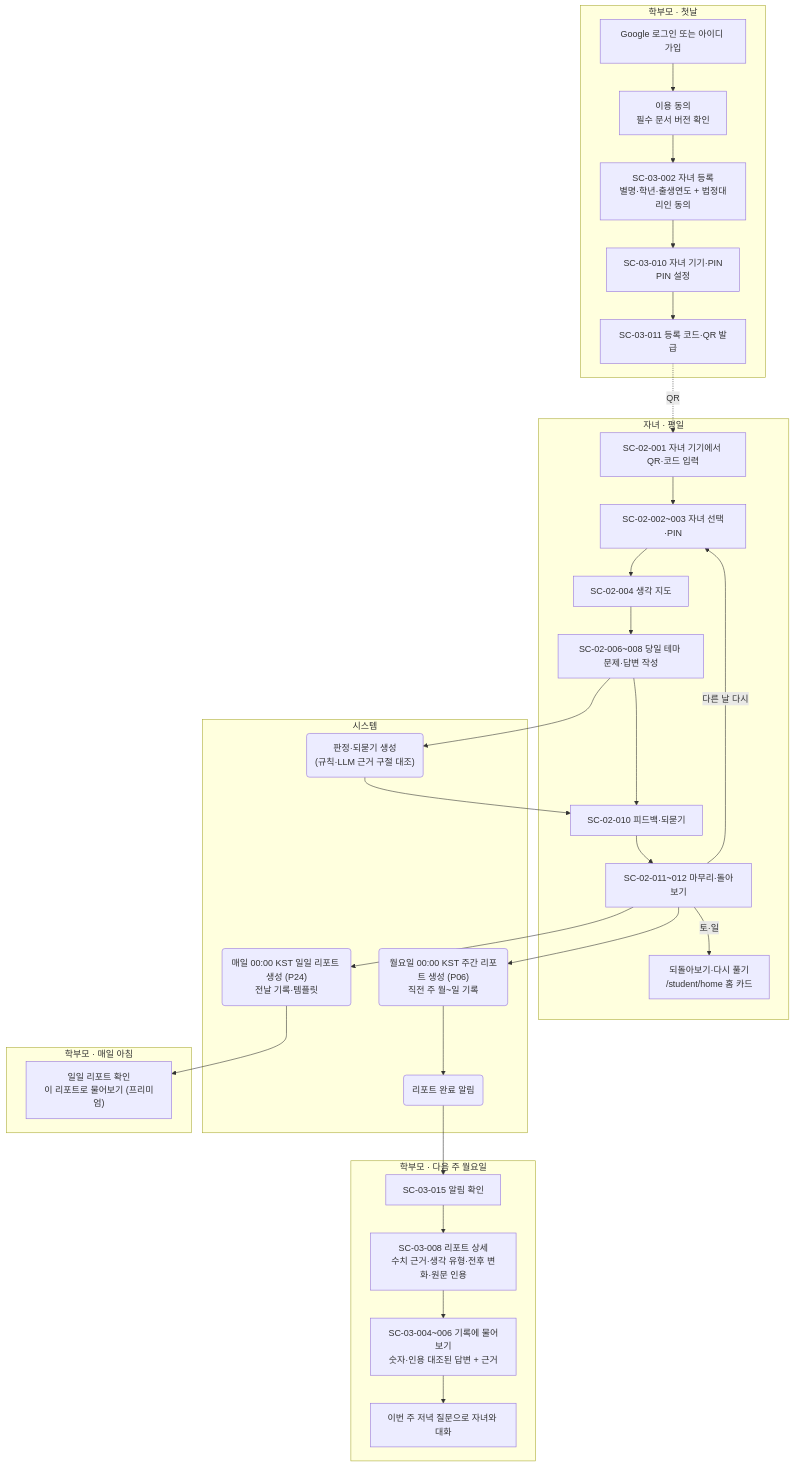
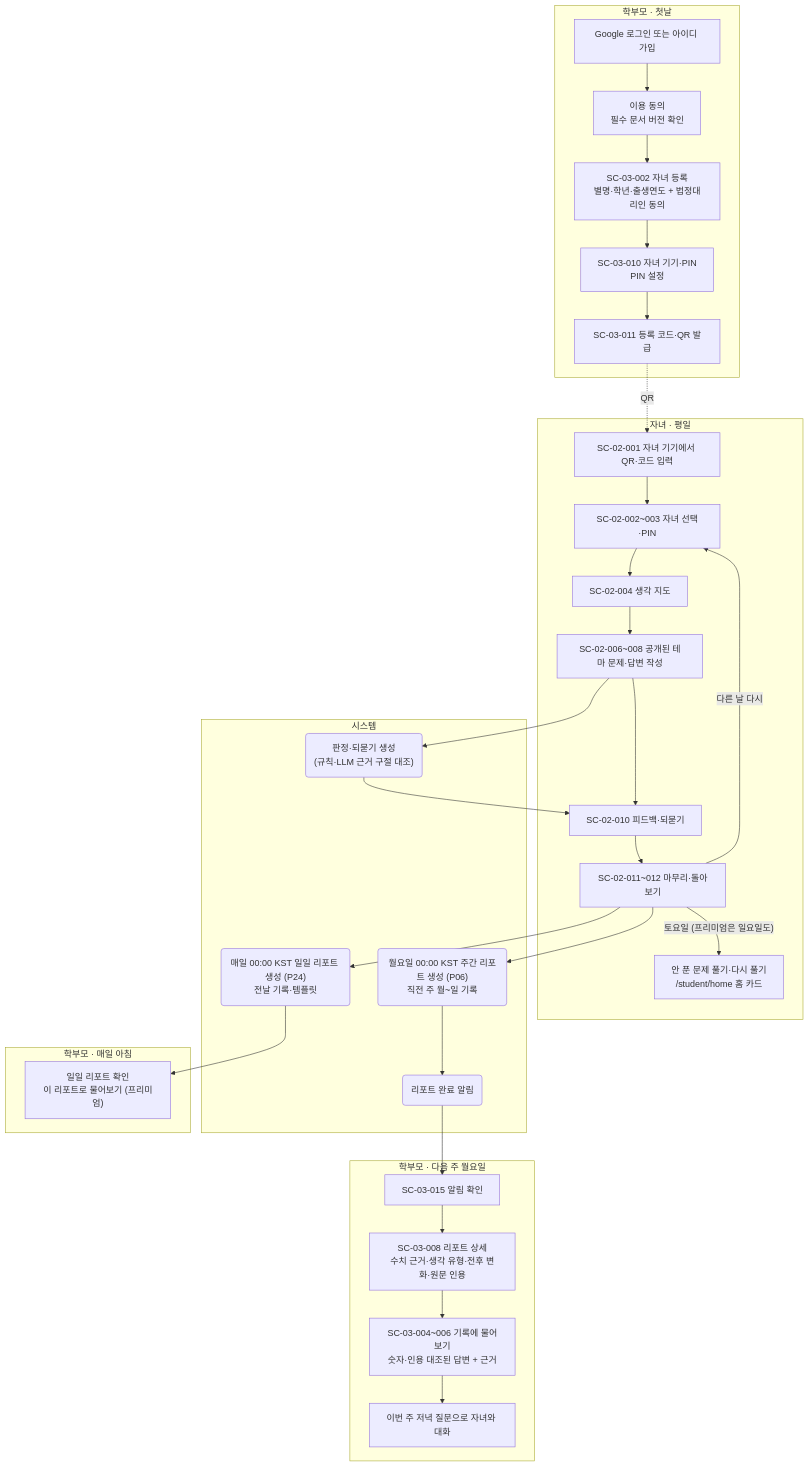
The fifth of 13 diagrams in docs/design/user-flow.md (SKNETWORKS-FAMILY-AICAMP/SKN34-FINAL-3TEAM), drawn with Mermaid before and after one commit. The commit also changed other lines of this file and 6 other files, not shown here.

````diff
--- a/docs/design/user-flow.md
+++ b/docs/design/user-flow.md
@@ -206,41 +209,41 @@
 ```mermaid
 flowchart TD
   subgraph P1["학부모 · 첫날"]
     A1["Google 로그인 또는 아이디 가입"] --> A2["이용 동의<br/>필수 문서 버전 확인"]
     A2 --> A3["SC-03-002 자녀 등록<br/>별명·학년·출생연도 + 법정대리인 동의"]
     A3 --> A4["SC-03-010 자녀 기기·PIN<br/>PIN 설정"]
     A4 --> A5["SC-03-011 등록 코드·QR 발급"]
   end
 
   subgraph S1["자녀 · 평일"]
     B1["SC-02-001 자녀 기기에서 QR·코드 입력"] --> B2["SC-02-002~003 자녀 선택·PIN"]
     B2 --> B3["SC-02-004 생각 지도"]
-    B3 --> B4["SC-02-006~008 당일 테마 문제·답변 작성"]
+    B3 --> B4["SC-02-006~008 공개된 테마 문제·답변 작성"]
     B4 --> B5["SC-02-010 피드백·되묻기"]
     B5 --> B6["SC-02-011~012 마무리·돌아보기"]
     B6 -->|"다른 날 다시"| B2
-    B6 -->|"토·일"| B7["되돌아보기·다시 풀기<br/>/student/home 홈 카드"]
+    B6 -->|"토요일 (프리미엄은 일요일도)"| B7["안 푼 문제 풀기·다시 풀기<br/>/student/home 홈 카드"]
   end
 
   subgraph SYS["시스템"]
     C1("판정·되묻기 생성<br/>(규칙·LLM 근거 구절 대조)")
     C2("월요일 00:00 KST 주간 리포트 생성 (P06)<br/>직전 주 월~일 기록")
     C3("리포트 완료 알림")
     C4("매일 00:00 KST 일일 리포트 생성 (P24)<br/>전날 기록·템플릿")
   end
 
   subgraph P0["학부모 · 매일 아침"]
     D0["일일 리포트 확인<br/>이 리포트로 물어보기 (프리미엄)"]
   end
 
   subgraph P2["학부모 · 다음 주 월요일"]
     D1["SC-03-015 알림 확인"] --> D2["SC-03-008 리포트 상세<br/>수치 근거·생각 유형·전후 변화·원문 인용"]
     D2 --> D3["SC-03-004~006 기록에 물어보기<br/>숫자·인용 대조된 답변 + 근거"]
     D3 --> D4["이번 주 저녁 질문으로 자녀와 대화"]
   end
 
   A5 -.->|"QR"| B1
   B4 --> C1 --> B5
   B6 --> C2 --> C3 --> D1
   B6 --> C4 --> D0
 ```
````
